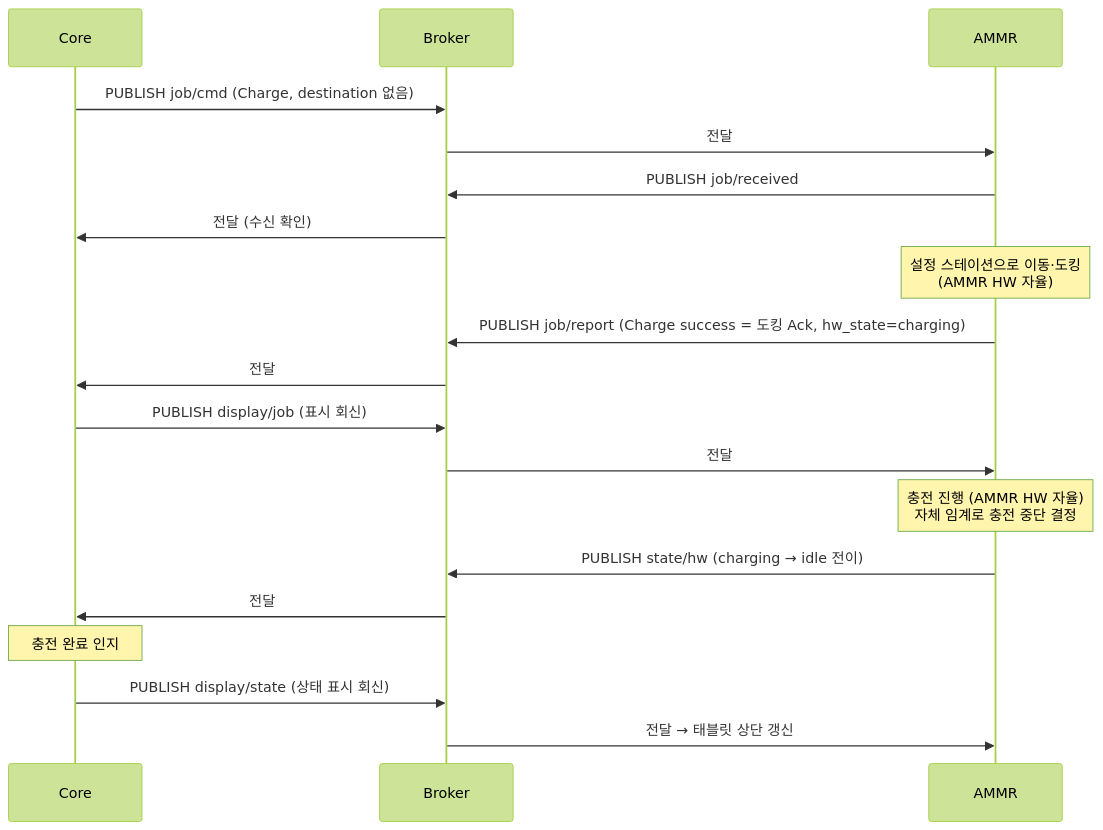
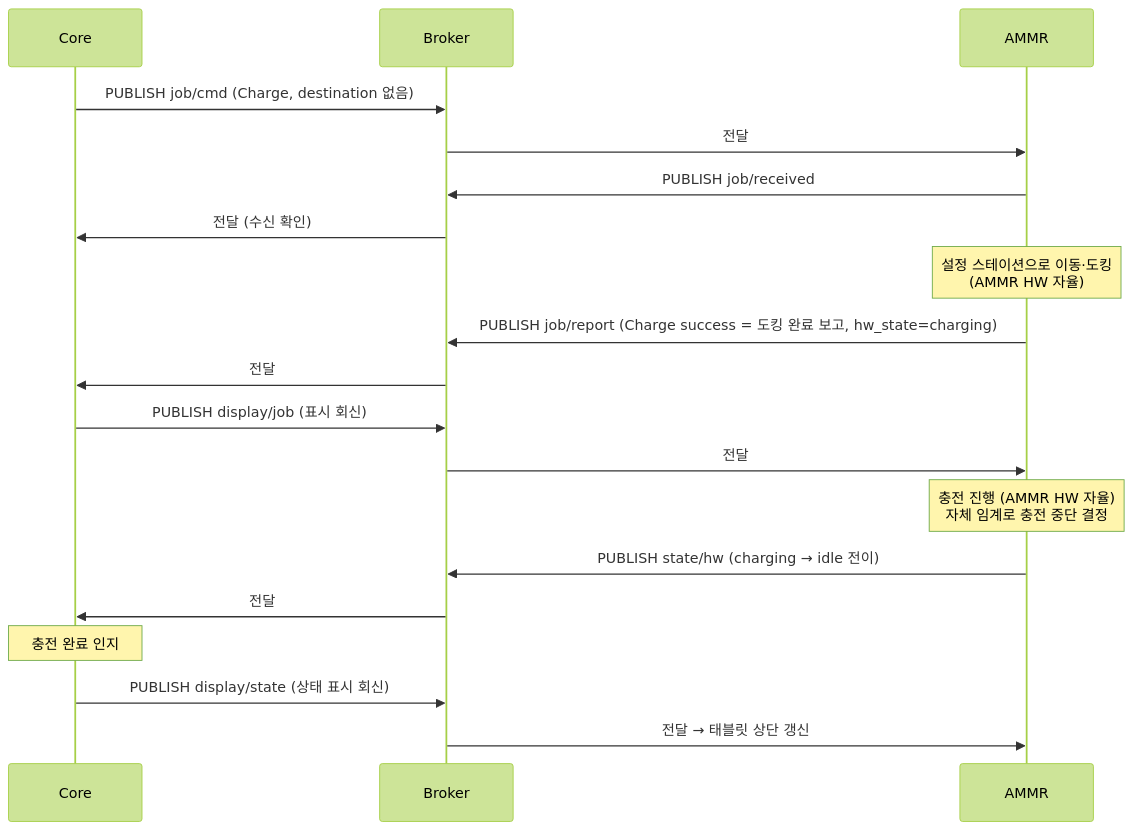
Before and after one commit to kimminsu0315/Core-Docs: the eighth of 13 diagrams in docs/out/Core_ICD_AMMR.md, drawn with Mermaid (forest theme). The commit also changed other lines of this file and 4 other files, not shown here.

````diff
--- a/docs/out/Core_ICD_AMMR.md
+++ b/docs/out/Core_ICD_AMMR.md
@@ -1074,23 +1074,23 @@
 ```mermaid
 sequenceDiagram
     participant C as Core
     participant B as Broker
     participant A as AMMR
 
     C->>B: PUBLISH job/cmd (Charge, destination 없음)
     B->>A: 전달
     A->>B: PUBLISH job/received
     B->>C: 전달 (수신 확인)
     Note over A: 설정 스테이션으로 이동·도킹<br/>(AMMR HW 자율)
-    A->>B: PUBLISH job/report (Charge success = 도킹 Ack, hw_state=charging)
+    A->>B: PUBLISH job/report (Charge success = 도킹 완료 보고, hw_state=charging)
     B->>C: 전달
     C->>B: PUBLISH display/job (표시 회신)
     B->>A: 전달
 
     Note over A: 충전 진행 (AMMR HW 자율)<br/>자체 임계로 충전 중단 결정
     A->>B: PUBLISH state/hw (charging → idle 전이)
     B->>C: 전달
     Note over C: 충전 완료 인지
     C->>B: PUBLISH display/state (상태 표시 회신)
     B->>A: 전달 → 태블릿 상단 갱신
 ```
````
